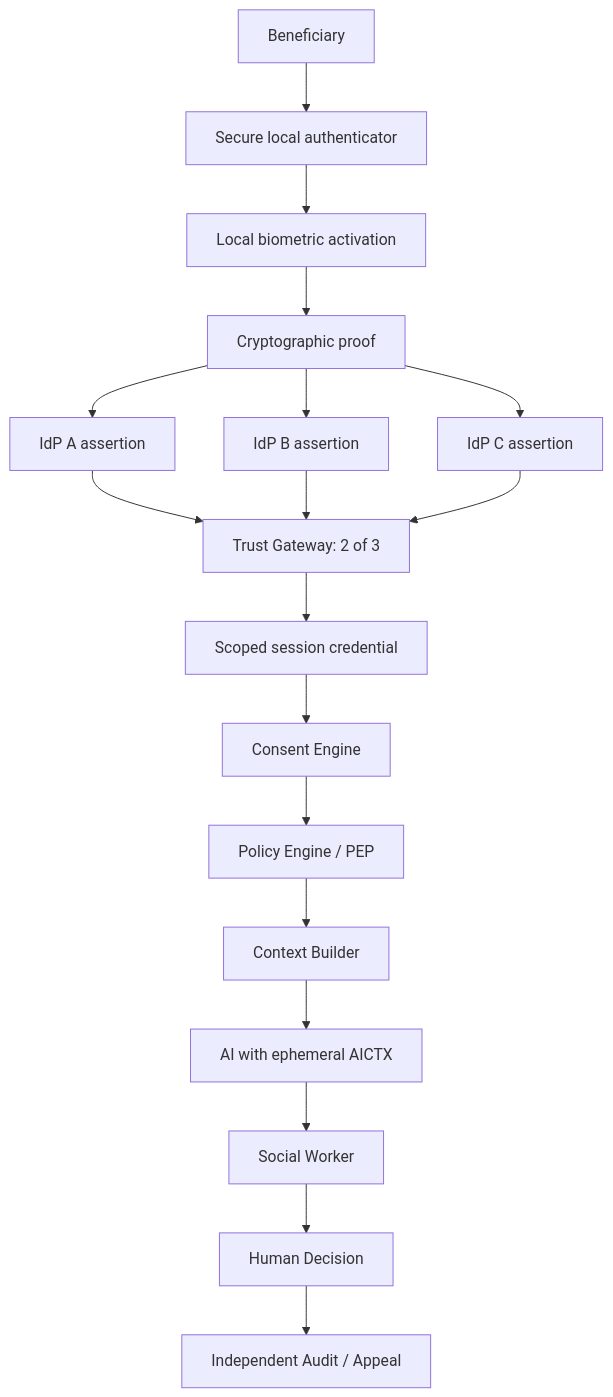
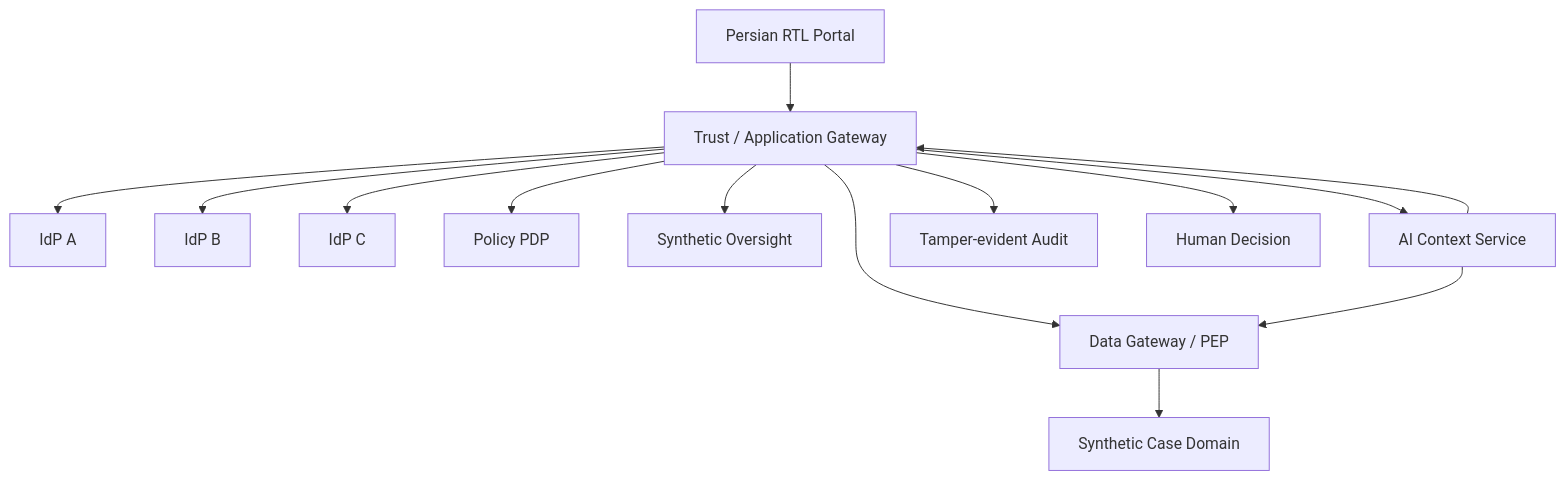
One commit to moseyedabadi-bit/cpims-plus-ai-reference-architecture changed the diagram in README.md. Above: the diagram before and after it, drawn with Mermaid. The commit also changed other lines of this file, not shown here.

Commit message:
Document runnable synthetic CPIMS+ lab

````diff
--- a/README.md
+++ b/README.md
@@ -68,20 +99,16 @@
 ```mermaid
 flowchart TD
-    P[Beneficiary] --> A[Secure local authenticator]
-    A --> B[Local biometric activation]
-    B --> K[Cryptographic proof]
-    K --> I1[IdP A assertion]
-    K --> I2[IdP B assertion]
-    K --> I3[IdP C assertion]
-    I1 --> TG[Trust Gateway: 2 of 3]
-    I2 --> TG
-    I3 --> TG
-    TG --> S[Scoped session credential]
-    S --> CE[Consent Engine]
-    CE --> PE[Policy Engine / PEP]
-    PE --> CB[Context Builder]
-    CB --> AI[AI with ephemeral AICTX]
-    AI --> SW[Social Worker]
-    SW --> HD[Human Decision]
-    HD --> AU[Independent Audit / Appeal]
+    U[Persian RTL Portal] --> G[Trust / Application Gateway]
+    G --> A[IdP A]
+    G --> B[IdP B]
+    G --> C[IdP C]
+    G --> P[Policy PDP]
+    G --> O[Synthetic Oversight]
+    G --> DG[Data Gateway / PEP]
+    DG --> D[Synthetic Case Domain]
+    G --> AI[AI Context Service]
+    AI --> DG
+    G --> AU[Tamper-evident Audit]
+    AI --> G
+    G --> H[Human Decision]
 ```
````
